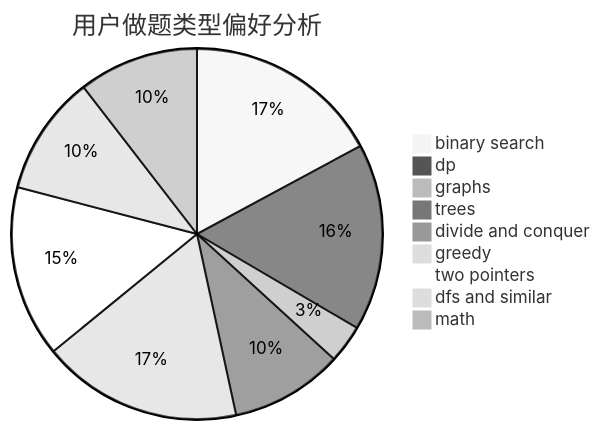
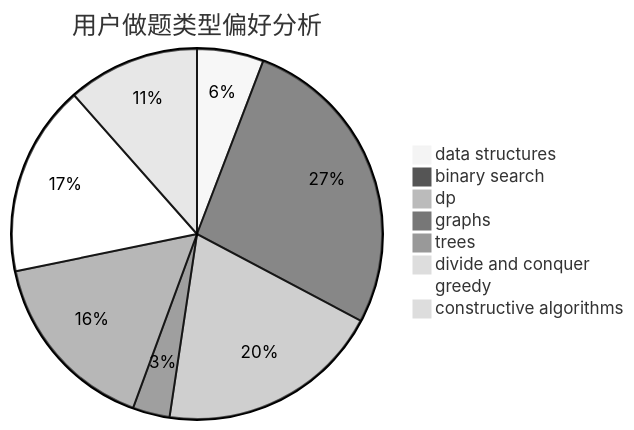
Before and after one commit to sherpahu/cfrs.github.io: the second of 3 diagrams in docs/user/u2313.md, drawn with Mermaid (neutral theme). The commit also changed other lines of this file and 2775 other files, not shown here.

````diff
--- a/docs/user/u2313.md
+++ b/docs/user/u2313.md
@@ -23,12 +23,11 @@
 ```mermaid
 pie title 用户做题类型偏好分析
-    "binary search" :  293
-    "dp" :  279
-    "graphs" :  57
-    "trees" :  168
-    "divide and conquer" :  6
-    "greedy" :  299
-    "two pointers" :  256
-    "dfs and similar" :  179
-    "math" :  179
+    "data structures" :  54
+    "binary search" :  250
+    "dp" :  182
+    "graphs" :  30
+    "trees" :  150
+    "divide and conquer" :  5
+    "greedy" :  155
+    "constructive algorithms" :  107
 ```
````
